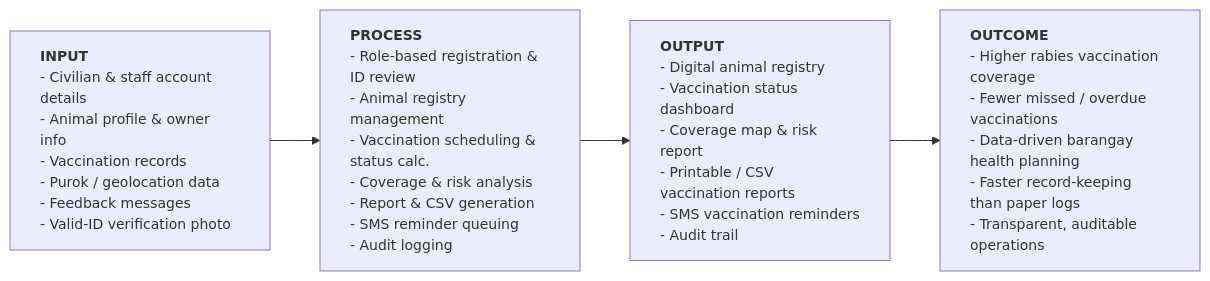
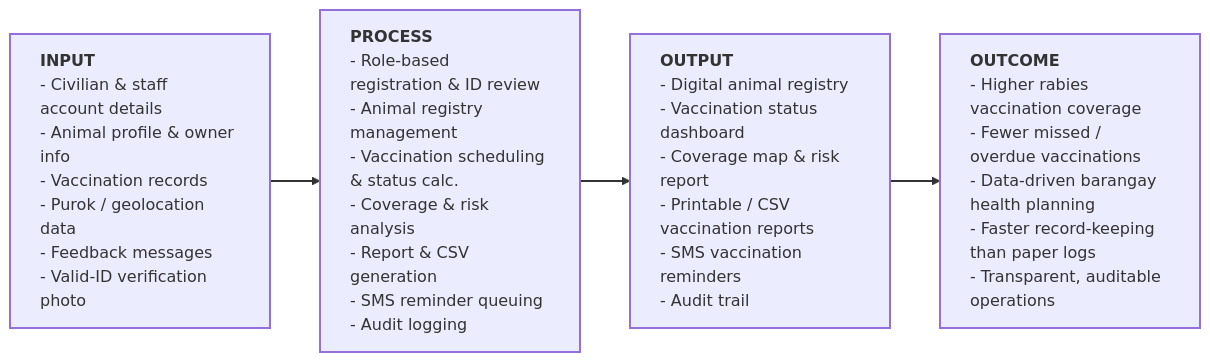
One commit to kiniakoangaccount/vaccitrack-capstone changed the first of 8 diagrams in DIAGRAMS.md. Above: the diagram before and after it, drawn with Mermaid. The commit also changed other lines of this file and 8 other files, not shown here.

First line of the commit message:
Fix SMS-path inconsistency in system diagrams, add geocoding integration, render diagram screenshots

````diff
--- a/DIAGRAMS.md
+++ b/DIAGRAMS.md
@@ -9,11 +9,13 @@
 ```mermaid
+%%{init: {'flowchart': {'curve': 'linear'}, 'themeVariables': {'fontSize': '17px'}}}%%
 flowchart LR
-  classDef stage text-align:left,font-size:14px;
+  classDef stage text-align:left,font-size:16px,stroke-width:2px;
 
   I["<div style='text-align:left'><b>INPUT</b><br/>- Civilian & staff account details<br/>- Animal profile & owner info<br/>- Vaccination records<br/>- Purok / geolocation data<br/>- Feedback messages<br/>- Valid-ID verification photo</div>"]:::stage
   P["<div style='text-align:left'><b>PROCESS</b><br/>- Role-based registration & ID review<br/>- Animal registry management<br/>- Vaccination scheduling & status calc.<br/>- Coverage & risk analysis<br/>- Report & CSV generation<br/>- SMS reminder queuing<br/>- Audit logging</div>"]:::stage
   O["<div style='text-align:left'><b>OUTPUT</b><br/>- Digital animal registry<br/>- Vaccination status dashboard<br/>- Coverage map & risk report<br/>- Printable / CSV vaccination reports<br/>- SMS vaccination reminders<br/>- Audit trail</div>"]:::stage
   C["<div style='text-align:left'><b>OUTCOME</b><br/>- Higher rabies vaccination coverage<br/>- Fewer missed / overdue vaccinations<br/>- Data-driven barangay health planning<br/>- Faster record-keeping than paper logs<br/>- Transparent, auditable operations</div>"]:::stage
 
   I --> P --> O --> C
+  linkStyle default stroke-width:2px;
 ```
````
